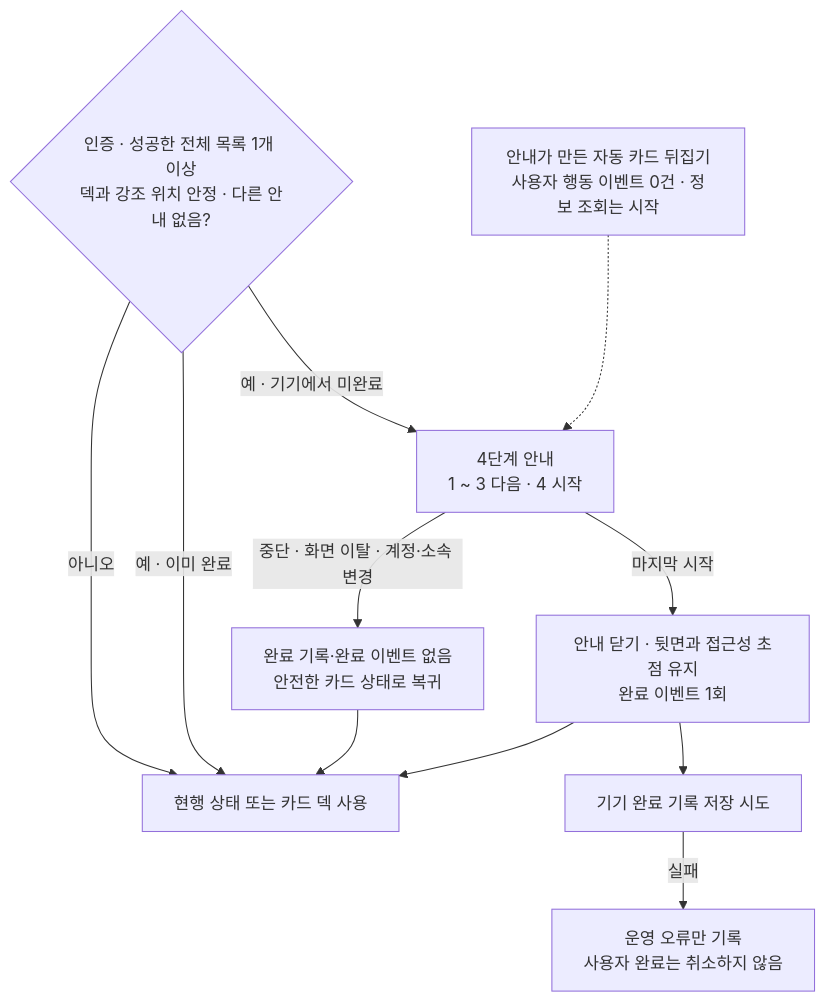
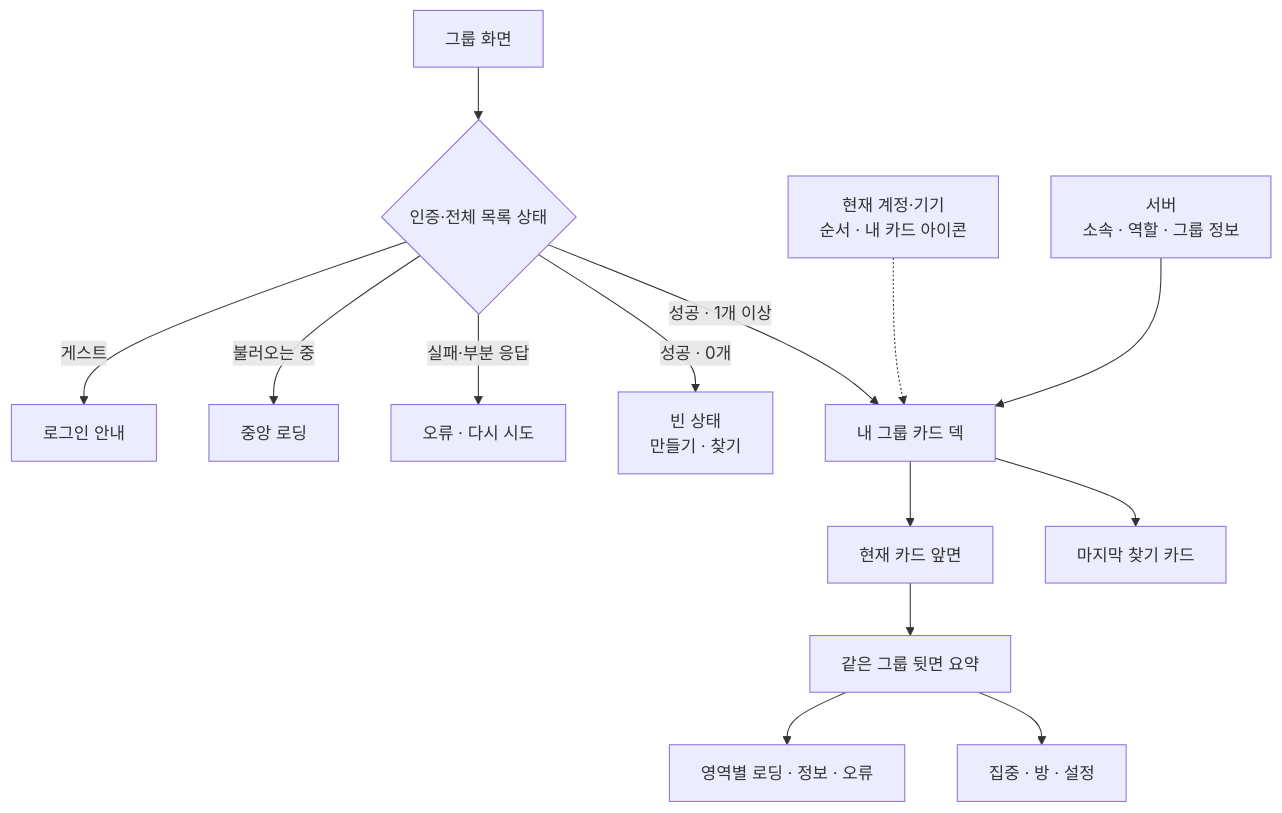
Before and after one commit to OneOrThree/phone: the second of 2 diagrams in docs/prd/group/features/02-my-groups/information-architecture.md, drawn with Mermaid. The commit also changed other lines of this file and 21 other files, not shown here.

````diff
--- a/docs/prd/group/features/02-my-groups/information-architecture.md
+++ b/docs/prd/group/features/02-my-groups/information-architecture.md
@@ -89,16 +70,18 @@
 ```mermaid
 flowchart TD
-    ELIGIBLE{"인증 · 성공한 전체 목록 1개 이상<br/>덱과 강조 위치 안정 · 다른 안내 없음?"}
-    ELIGIBLE -->|아니오| USE["현행 상태 또는 카드 덱 사용"]
-    ELIGIBLE -->|예 · 기기에서 미완료| GUIDE["4단계 안내<br/>1 ~ 3 다음 · 4 시작"]
-    ELIGIBLE -->|예 · 이미 완료| USE
+    Enter["그룹 화면"] --> State{"인증·전체 목록 상태"}
+    State -->|게스트| Guest["로그인 안내"]
+    State -->|불러오는 중| Loading["중앙 로딩"]
+    State -->|실패·부분 응답| Error["오류 · 다시 시도"]
+    State -->|성공 · 0개| Empty["빈 상태<br/>만들기 · 찾기"]
+    State -->|성공 · 1개 이상| Deck["내 그룹 카드 덱"]
 
-    GUIDE -->|중단 · 화면 이탈 · 계정·소속 변경| INTERRUPT["완료 기록·완료 이벤트 없음<br/>안전한 카드 상태로 복귀"]
-    INTERRUPT --> USE
-    GUIDE -->|마지막 시작| COMPLETE_GUIDE["안내 닫기 · 뒷면과 접근성 초점 유지<br/>완료 이벤트 1회"]
-    COMPLETE_GUIDE --> USE
-    COMPLETE_GUIDE --> PERSIST["기기 완료 기록 저장 시도"]
-    PERSIST -->|실패| TELEMETRY["운영 오류만 기록<br/>사용자 완료는 취소하지 않음"]
+    Deck --> Front["현재 카드 앞면"]
+    Front --> Back["같은 그룹 뒷면 요약"]
+    Deck --> Find["마지막 찾기 카드"]
+    Back --> Section["영역별 로딩 · 정보 · 오류"]
+    Back --> Action["집중 · 방 · 설정"]
 
-    DEMO["안내가 만든 자동 카드 뒤집기<br/>사용자 행동 이벤트 0건 · 정보 조회는 시작"] -.-> GUIDE
+    Local["현재 계정·기기<br/>순서 · 내 카드 아이콘"] -.-> Deck
+    Server["서버<br/>소속 · 역할 · 그룹 정보"] --> Deck
 ```
````
